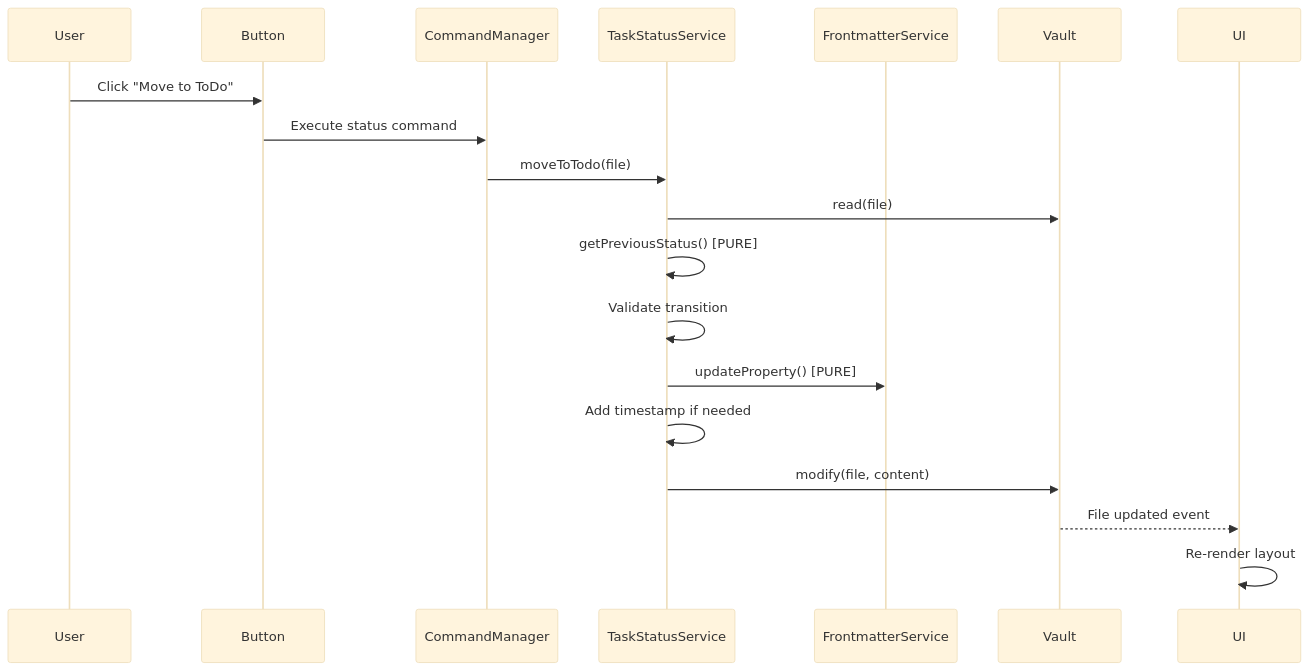
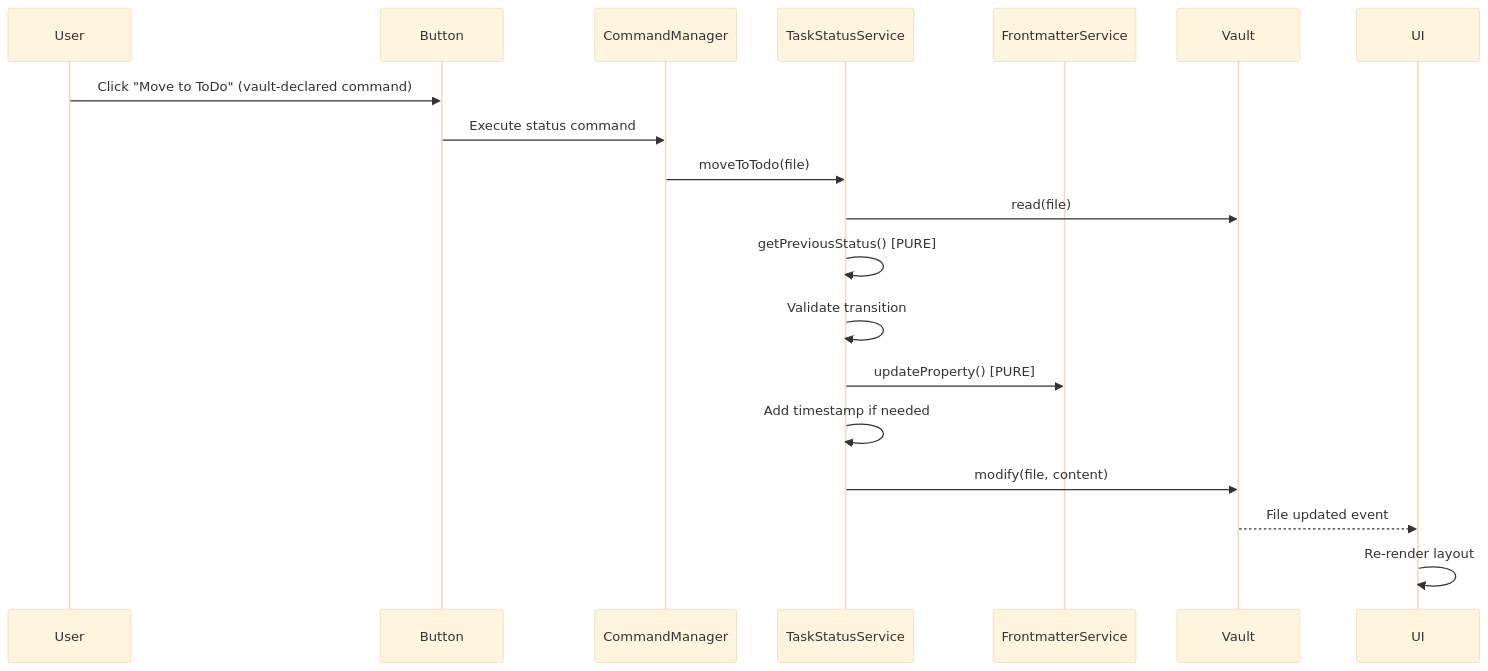
The second of 4 diagrams in ARCHITECTURE.md (kitelev/exocortex), drawn with Mermaid (base theme) before and after one commit. The commit also changed other lines of this file, not shown here.

First line of the commit message:
docs(architecture): align ARCHITECTURE.md with post-#3384 codebase

````diff
--- a/ARCHITECTURE.md
+++ b/ARCHITECTURE.md
@@ -763,22 +712,22 @@
 ```mermaid
 sequenceDiagram
     participant User
     participant Button
     participant CommandManager
     participant TaskStatusService
     participant FrontmatterService
     participant Vault
     participant UI
 
-    User->>Button: Click "Move to ToDo"
+    User->>Button: Click "Move to ToDo" (vault-declared command)
     Button->>CommandManager: Execute status command
     CommandManager->>TaskStatusService: moveToTodo(file)
     TaskStatusService->>Vault: read(file)
     TaskStatusService->>TaskStatusService: getPreviousStatus() [PURE]
     TaskStatusService->>TaskStatusService: Validate transition
     TaskStatusService->>FrontmatterService: updateProperty() [PURE]
     TaskStatusService->>TaskStatusService: Add timestamp if needed
     TaskStatusService->>Vault: modify(file, content)
     Vault-->>UI: File updated event
     UI->>UI: Re-render layout
 ```
````
